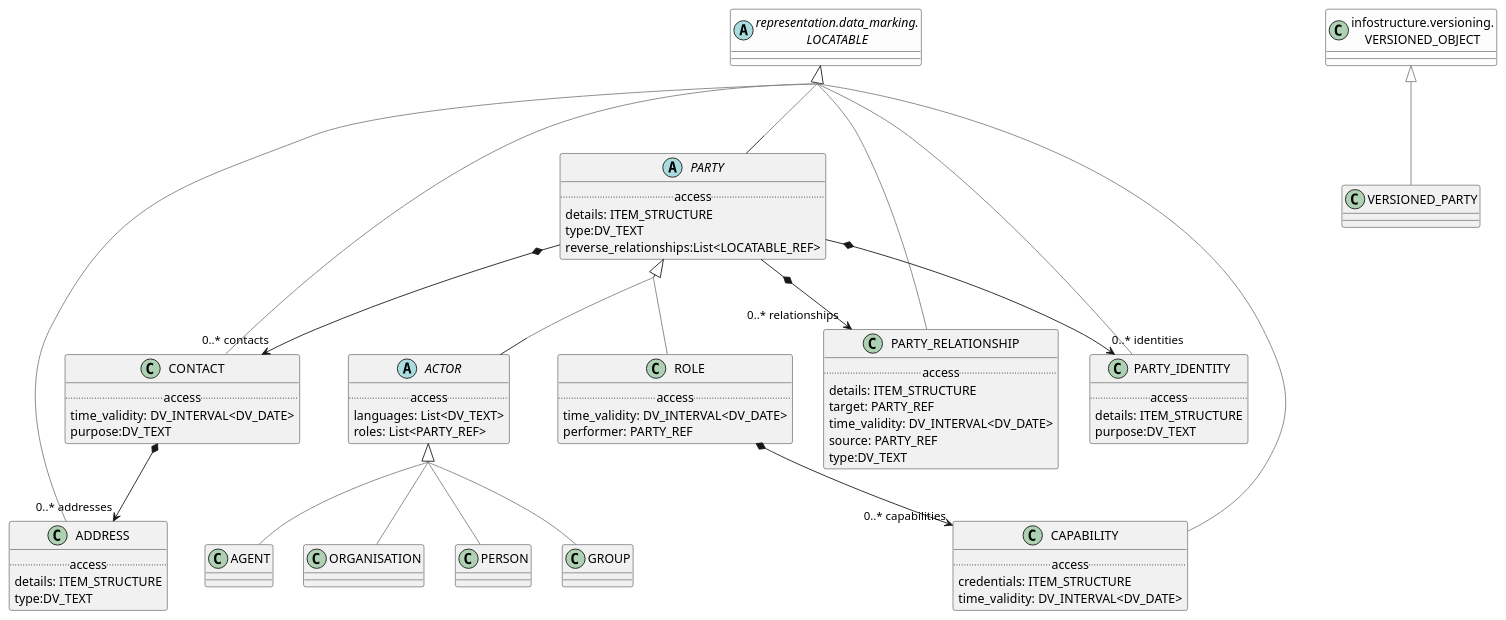
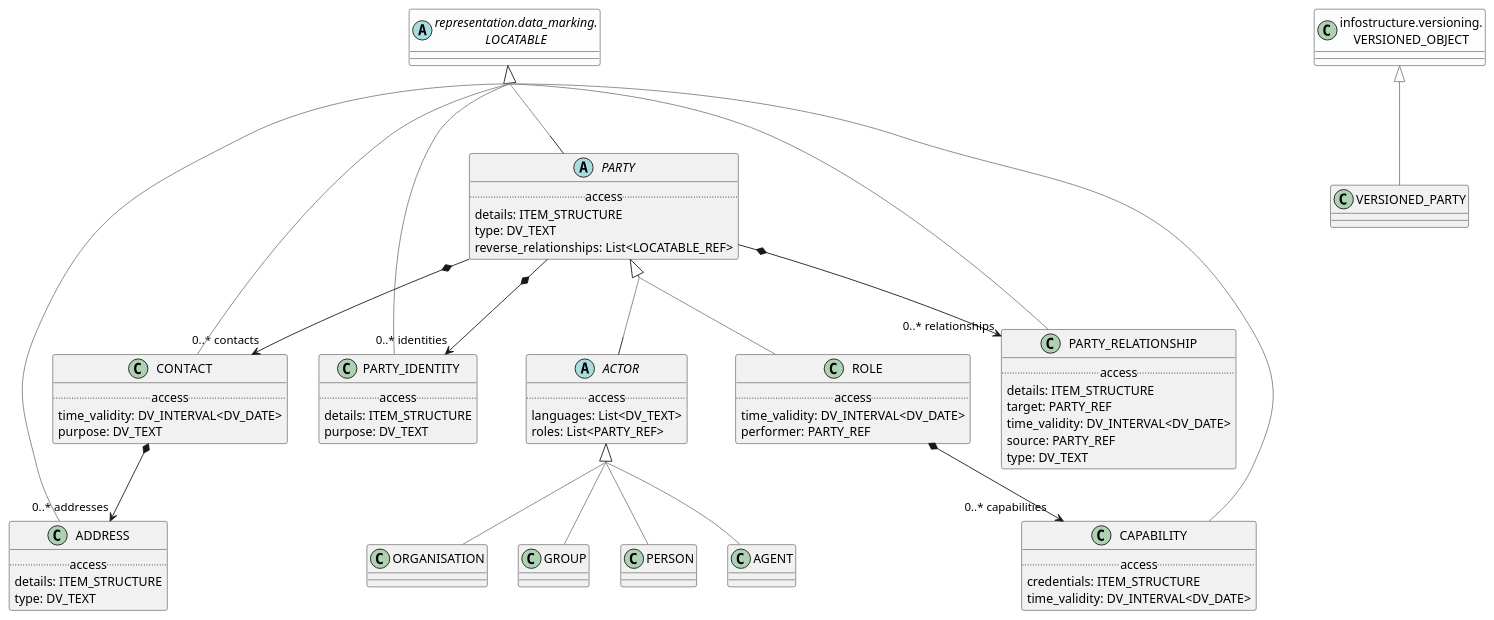
Before and after one commit to wolandscat/openehr-doc: the diagram in modules/ROOT/examples/bmm/foundation/demographic/demographic-package-uml.adoc, drawn with PlantUML. The commit also changed 293 other files, not shown here.

Commit message:
Regen with tweaks to UML output and correct metatypes for nested generics.

```diff
--- a/modules/ROOT/examples/bmm/foundation/demographic/demographic-package-uml.adoc
+++ b/modules/ROOT/examples/bmm/foundation/demographic/demographic-package-uml.adoc
@@ -6,99 +6,19 @@
 skinparam citedClassColor #FDFDFD
 
 
-class CONTACT [[/openehr-doc/latest/foundation/demographic-gen.html#_class_contact]] {
-        .. access ..
-        time_validity: DV_INTERVAL<DV_DATE>
-        purpose:DV_TEXT
-}
-
-CONTACT -[#gray]up-|> LOCATABLE  
-
-
-CONTACT *--> "0..* addresses" ADDRESS
-
-class PARTY_RELATIONSHIP [[/openehr-doc/latest/foundation/demographic-gen.html#_class_party_relationship]] {
-        .. access ..
-        details: ITEM_STRUCTURE
-        target: PARTY_REF
-        time_validity: DV_INTERVAL<DV_DATE>
-        source: PARTY_REF
-        type:DV_TEXT
-}
-
-PARTY_RELATIONSHIP -[#gray]up-|> LOCATABLE  
-
-
-class CAPABILITY [[/openehr-doc/latest/foundation/demographic-gen.html#_class_capability]] {
-        .. access ..
-        credentials: ITEM_STRUCTURE
-        time_validity: DV_INTERVAL<DV_DATE>
-}
-
-CAPABILITY -[#gray]up-|> LOCATABLE  
-
-
-class ROLE [[/openehr-doc/latest/foundation/demographic-gen.html#_class_role]] {
-        .. access ..
-        time_validity: DV_INTERVAL<DV_DATE>
-        performer: PARTY_REF
-}
-
-ROLE -[#gray]up-|> PARTY  
-
-
-ROLE *--> "0..* capabilities" CAPABILITY
-
-class AGENT [[/openehr-doc/latest/foundation/demographic-gen.html#_class_agent]] {
-}
-
-AGENT -[#gray]up-|> ACTOR  
-
-
-class ORGANISATION [[/openehr-doc/latest/foundation/demographic-gen.html#_class_organisation]] {
-}
-
-ORGANISATION -[#gray]up-|> ACTOR  
-
-
 class PARTY_IDENTITY [[/openehr-doc/latest/foundation/demographic-gen.html#_class_party_identity]] {
         .. access ..
         details: ITEM_STRUCTURE
-        purpose:DV_TEXT
+        purpose: DV_TEXT
 }
 
 PARTY_IDENTITY -[#gray]up-|> LOCATABLE  
 
 
-abstract class PARTY [[/openehr-doc/latest/foundation/demographic-gen.html#_class_party]] {
-        .. access ..
-        details: ITEM_STRUCTURE
-        type:DV_TEXT
-        reverse_relationships:List<LOCATABLE_REF>
-}
-
-PARTY -[#gray]up-|> LOCATABLE  
-
-
-PARTY *--> "0..* identities" PARTY_IDENTITY
-
-PARTY *--> "0..* contacts" CONTACT
-
-PARTY *--> "0..* relationships" PARTY_RELATIONSHIP
-
 class PERSON [[/openehr-doc/latest/foundation/demographic-gen.html#_class_person]] {
 }
 
 PERSON -[#gray]up-|> ACTOR  
-
-
-class ADDRESS [[/openehr-doc/latest/foundation/demographic-gen.html#_class_address]] {
-        .. access ..
-        details: ITEM_STRUCTURE
-        type:DV_TEXT
-}
-
-ADDRESS -[#gray]up-|> LOCATABLE  
 
 
 class VERSIONED_PARTY [[/openehr-doc/latest/foundation/demographic-gen.html#_class_versioned_party]] {
@@ -116,10 +36,90 @@
 ACTOR -[#gray]up-|> PARTY  
 
 
+class ADDRESS [[/openehr-doc/latest/foundation/demographic-gen.html#_class_address]] {
+        .. access ..
+        details: ITEM_STRUCTURE
+        type: DV_TEXT
+}
+
+ADDRESS -[#gray]up-|> LOCATABLE  
+
+
+class CAPABILITY [[/openehr-doc/latest/foundation/demographic-gen.html#_class_capability]] {
+        .. access ..
+        credentials: ITEM_STRUCTURE
+        time_validity: DV_INTERVAL<DV_DATE>
+}
+
+CAPABILITY -[#gray]up-|> LOCATABLE  
+
+
+abstract class PARTY [[/openehr-doc/latest/foundation/demographic-gen.html#_class_party]] {
+        .. access ..
+        details: ITEM_STRUCTURE
+        type: DV_TEXT
+        reverse_relationships: List<LOCATABLE_REF>
+}
+
+PARTY -[#gray]up-|> LOCATABLE  
+
+
+PARTY *--> "0..* identities" PARTY_IDENTITY
+
+PARTY *--> "0..* contacts" CONTACT
+
+PARTY *--> "0..* relationships" PARTY_RELATIONSHIP
+
+class AGENT [[/openehr-doc/latest/foundation/demographic-gen.html#_class_agent]] {
+}
+
+AGENT -[#gray]up-|> ACTOR  
+
+
+class ROLE [[/openehr-doc/latest/foundation/demographic-gen.html#_class_role]] {
+        .. access ..
+        time_validity: DV_INTERVAL<DV_DATE>
+        performer: PARTY_REF
+}
+
+ROLE -[#gray]up-|> PARTY  
+
+
+ROLE *--> "0..* capabilities" CAPABILITY
+
+class CONTACT [[/openehr-doc/latest/foundation/demographic-gen.html#_class_contact]] {
+        .. access ..
+        time_validity: DV_INTERVAL<DV_DATE>
+        purpose: DV_TEXT
+}
+
+CONTACT -[#gray]up-|> LOCATABLE  
+
+
+CONTACT *--> "0..* addresses" ADDRESS
+
+class ORGANISATION [[/openehr-doc/latest/foundation/demographic-gen.html#_class_organisation]] {
+}
+
+ORGANISATION -[#gray]up-|> ACTOR  
+
+
 class GROUP [[/openehr-doc/latest/foundation/demographic-gen.html#_class_group]] {
 }
 
 GROUP -[#gray]up-|> ACTOR  
+
+
+class PARTY_RELATIONSHIP [[/openehr-doc/latest/foundation/demographic-gen.html#_class_party_relationship]] {
+        .. access ..
+        details: ITEM_STRUCTURE
+        target: PARTY_REF
+        time_validity: DV_INTERVAL<DV_DATE>
+        source: PARTY_REF
+        type: DV_TEXT
+}
+
+PARTY_RELATIONSHIP -[#gray]up-|> LOCATABLE  
 
 abstract class "representation.data_marking.\nLOCATABLE" as LOCATABLE  [[/openehr-doc/latest/representation/data_marking-gen.html#_class_locatable]] #FDFDFD {
 }
```
